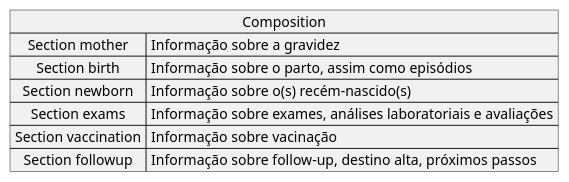
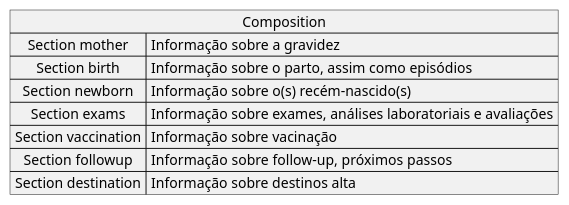
The diagram in input/images-source/composition.plantuml (hl7-pt/obs-neonat-ig), drawn with PlantUML before and after one commit. The commit also changed 4 other files, not shown here.

```diff
--- a/input/images-source/composition.plantuml
+++ b/input/images-source/composition.plantuml
@@ -1,14 +1,15 @@
 @startuml
 map Composition {
 Section mother => Informação sobre a mãe
  Section mother => Informação sobre a gravidez
  Section birth => Informação sobre o parto, assim como episódios
  Section newborn => Informação sobre o(s) recém-nascido(s)
  Section exams => Informação sobre exames, análises laboratoriais e avaliações
  Section vaccination => Informação sobre vacinação
- Section followup => Informação sobre follow-up, destino alta, próximos passos
+ Section followup => Informação sobre follow-up, próximos passos
+ Section destination => Informação sobre destinos alta
 
 
 
 }
 @enduml
```
